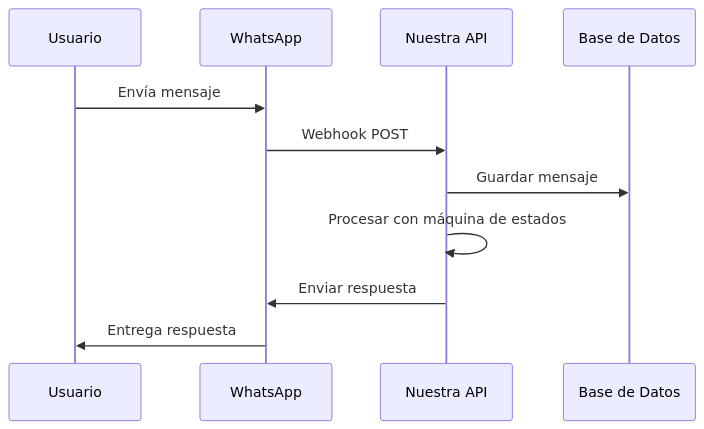
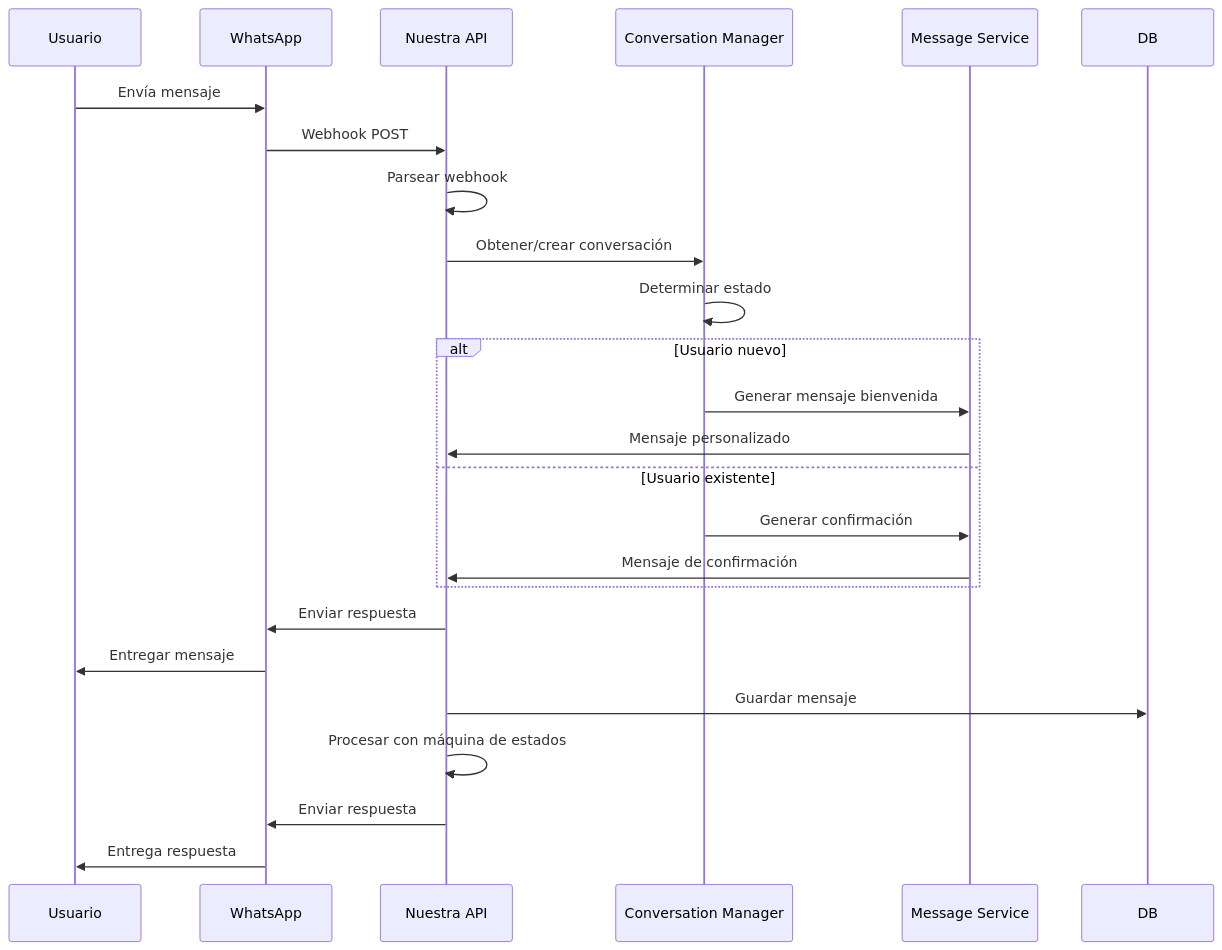
The first of 2 diagrams in docs/WHATSAPP.md (MaxiFranco05/template-full-rest-api-whatsapp), drawn with Mermaid before and after one commit. The commit also changed other lines of this file and 6 other files, not shown here.

Commit message:
Remove the PERSONALIZATION_GUIDE.md file and enhance WhatsAppService with detailed development logging for error handling and message processing. Update feature detection logging for Redis and Celery availability. Improve documentation on logging and WhatsApp conversation management.

````diff
--- a/docs/WHATSAPP.md
+++ b/docs/WHATSAPP.md
@@ -42,14 +42,27 @@
 ```mermaid
 sequenceDiagram
     participant U as Usuario
     participant W as WhatsApp
     participant API as Nuestra API
-    participant DB as Base de Datos
+    participant CM as Conversation Manager
+    participant MS as Message Service
 
     U->>W: Envía mensaje
     W->>API: Webhook POST
+    API->>API: Parsear webhook
+    API->>CM: Obtener/crear conversación
+    CM->>CM: Determinar estado
+    alt Usuario nuevo
+        CM->>MS: Generar mensaje bienvenida
+        MS->>API: Mensaje personalizado
+    else Usuario existente
+        CM->>MS: Generar confirmación
+        MS->>API: Mensaje de confirmación
+    end
+    API->>W: Enviar respuesta
+    W->>U: Entregar mensaje
     API->>DB: Guardar mensaje
     API->>API: Procesar con máquina de estados
     API->>W: Enviar respuesta
     W->>U: Entrega respuesta
 ```
````
